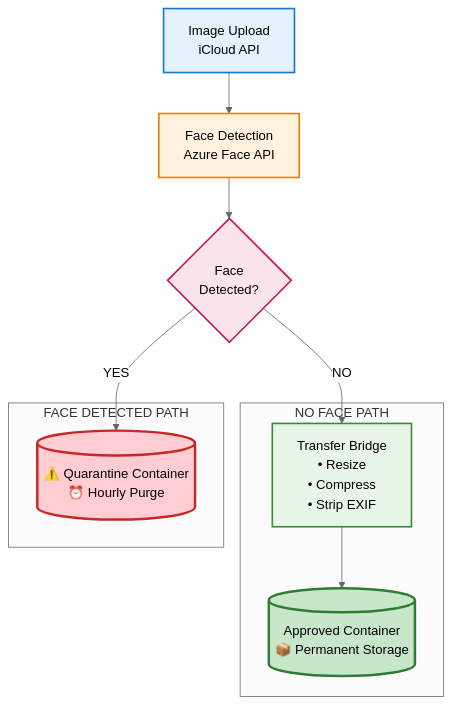
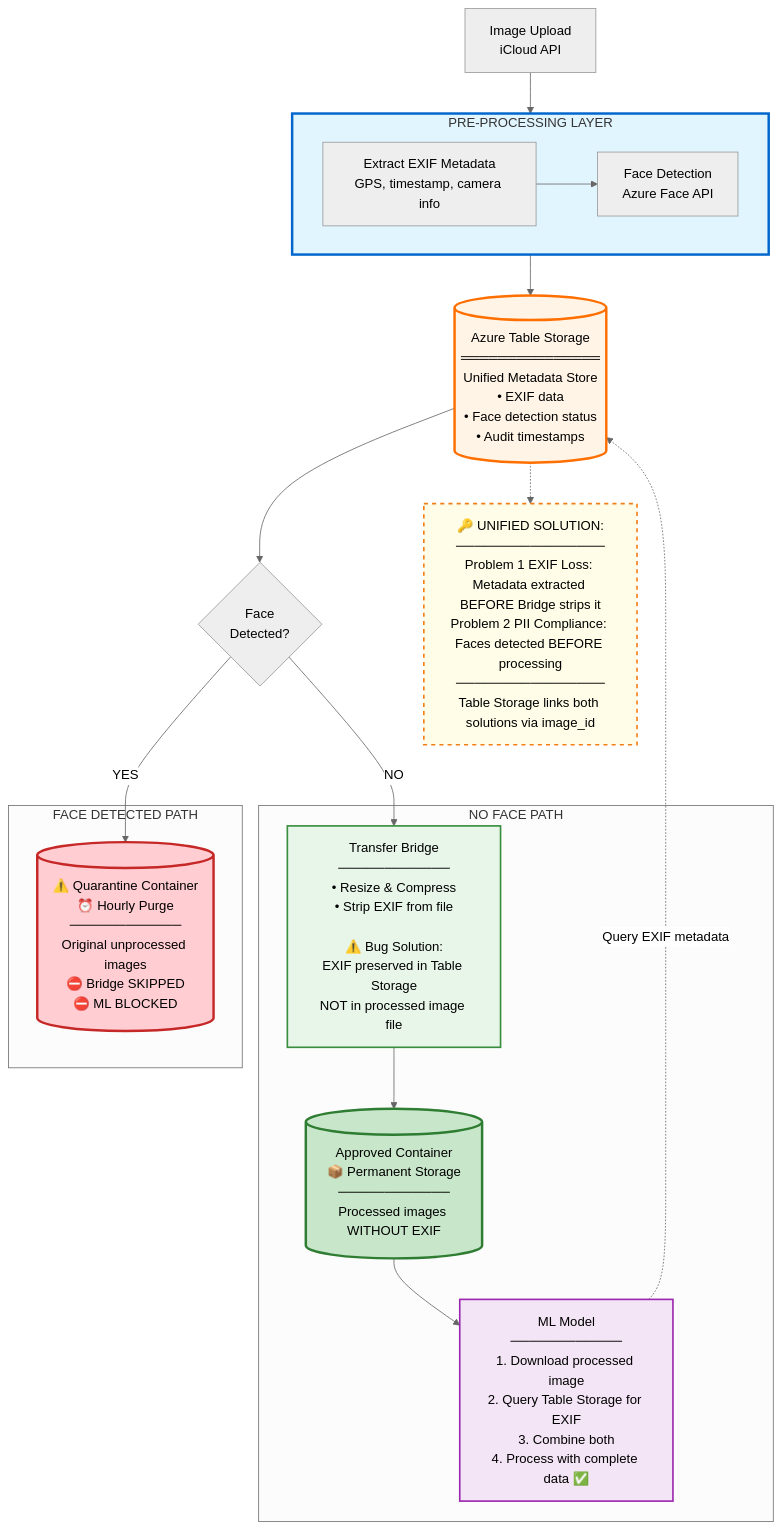
Before and after one commit to anandSgunti/cloud: the diagram in 03. The-Privacy/Solution architecture.md, drawn with Mermaid (neutral theme).

Commit message:
Update Solution architecture.md

````diff
--- a/03. The-Privacy/Solution architecture.md
+++ b/03. The-Privacy/Solution architecture.md
@@ -17,30 +17,47 @@
 ```mermaid
 flowchart TD
     Start[Image Upload<br/>iCloud API]
-    FaceDetect[Face Detection<br/>Azure Face API]
+    
+    subgraph PreProcess[PRE-PROCESSING LAYER]
+        ExtractEXIF[Extract EXIF Metadata<br/>GPS, timestamp, camera info]
+        FaceDetect[Face Detection<br/>Azure Face API]
+        ExtractEXIF --> FaceDetect
+    end
+    
+    TableStorage[(Azure Table Storage<br/>═══════════════<br/>Unified Metadata Store<br/>• EXIF data<br/>• Face detection status<br/>• Audit timestamps)]
+    
     Decision{Face<br/>Detected?}
     
     subgraph NoFace[NO FACE PATH]
-        Bridge[Transfer Bridge<br/>• Resize<br/>• Compress<br/>• Strip EXIF]
-        Approved[(Approved Container<br/>📦 Permanent Storage)]
+        Bridge[Transfer Bridge<br/>────────────<br/>• Resize & Compress<br/>• Strip EXIF from file<br/><br/>⚠️ Bug Solution:<br/>EXIF preserved in Table Storage<br/>NOT in processed image file]
+        Approved[(Approved Container<br/>📦 Permanent Storage<br/>────────────<br/>Processed images WITHOUT EXIF)]
+        ML[ML Model<br/>────────────<br/>1. Download processed image<br/>2. Query Table Storage for EXIF<br/>3. Combine both<br/>4. Process with complete data ✅]
     end
     
     subgraph FacePath[FACE DETECTED PATH]
-        Quarantine[(⚠️ Quarantine Container<br/>⏰ Hourly Purge)]
+        Quarantine[(⚠️ Quarantine Container<br/>⏰ Hourly Purge<br/>────────────<br/>Original unprocessed images<br/>⛔ Bridge SKIPPED<br/>⛔ ML BLOCKED)]
     end
     
-    Start --> FaceDetect
-    FaceDetect --> Decision
+    Start --> PreProcess
+    PreProcess --> TableStorage
+    TableStorage --> Decision
     
     Decision -->|NO| Bridge
     Bridge --> Approved
+    Approved --> ML
+    ML -.Query EXIF metadata.-> TableStorage
     
     Decision -->|YES| Quarantine
     
-    style Start fill:#e3f2fd,stroke:#1976d2,stroke-width:2px
-    style FaceDetect fill:#fff3e0,stroke:#f57c00,stroke-width:2px
-    style Decision fill:#fce4ec,stroke:#c2185b,stroke-width:2px
+    Note1[🔑 UNIFIED SOLUTION:<br/>────────────────<br/>Problem 1 EXIF Loss: Metadata extracted BEFORE Bridge strips it<br/>Problem 2 PII Compliance: Faces detected BEFORE processing<br/>────────────────<br/>Table Storage links both solutions via image_id]
+    
+    TableStorage -.-> Note1
+    
+    style PreProcess fill:#e1f5ff,stroke:#0066cc,stroke-width:3px
+    style TableStorage fill:#fff4e6,stroke:#ff6f00,stroke-width:3px
     style Bridge fill:#e8f5e9,stroke:#388e3c,stroke-width:2px
     style Approved fill:#c8e6c9,stroke:#2e7d32,stroke-width:3px
+    style ML fill:#f3e5f5,stroke:#9c27b0,stroke-width:2px
     style Quarantine fill:#ffcdd2,stroke:#c62828,stroke-width:3px
+    style Note1 fill:#fffde7,stroke:#f57f17,stroke-width:2px,stroke-dasharray: 5 5
 ```
````
